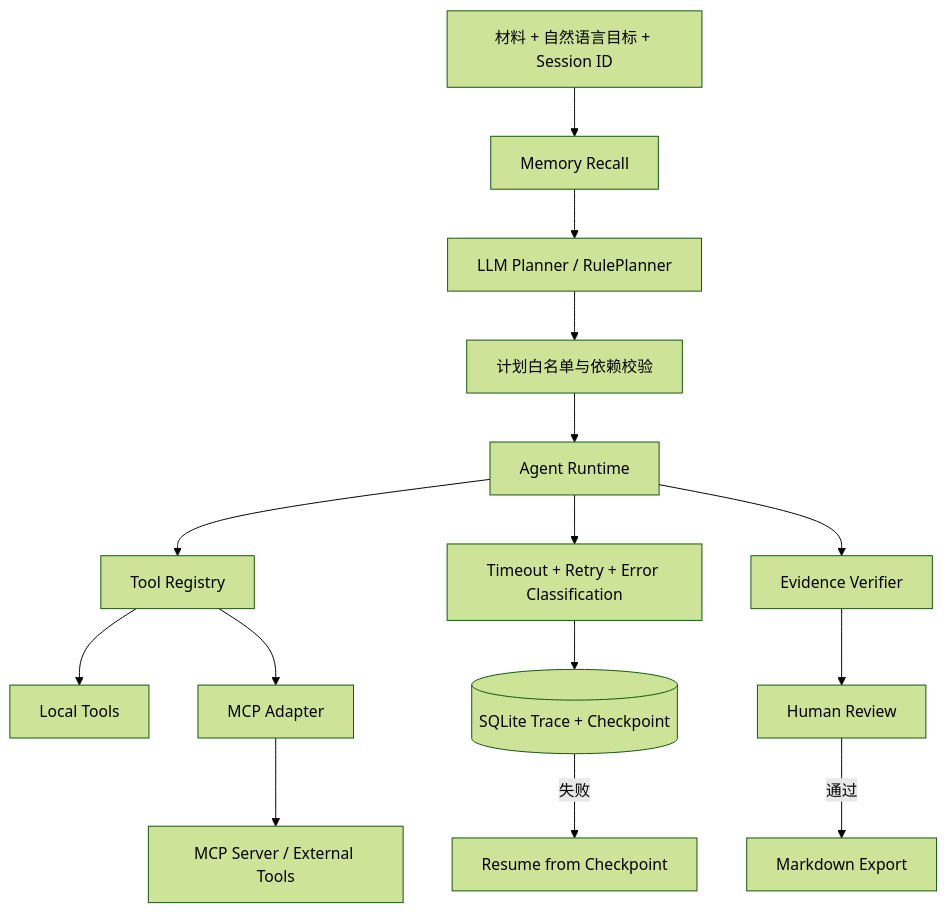
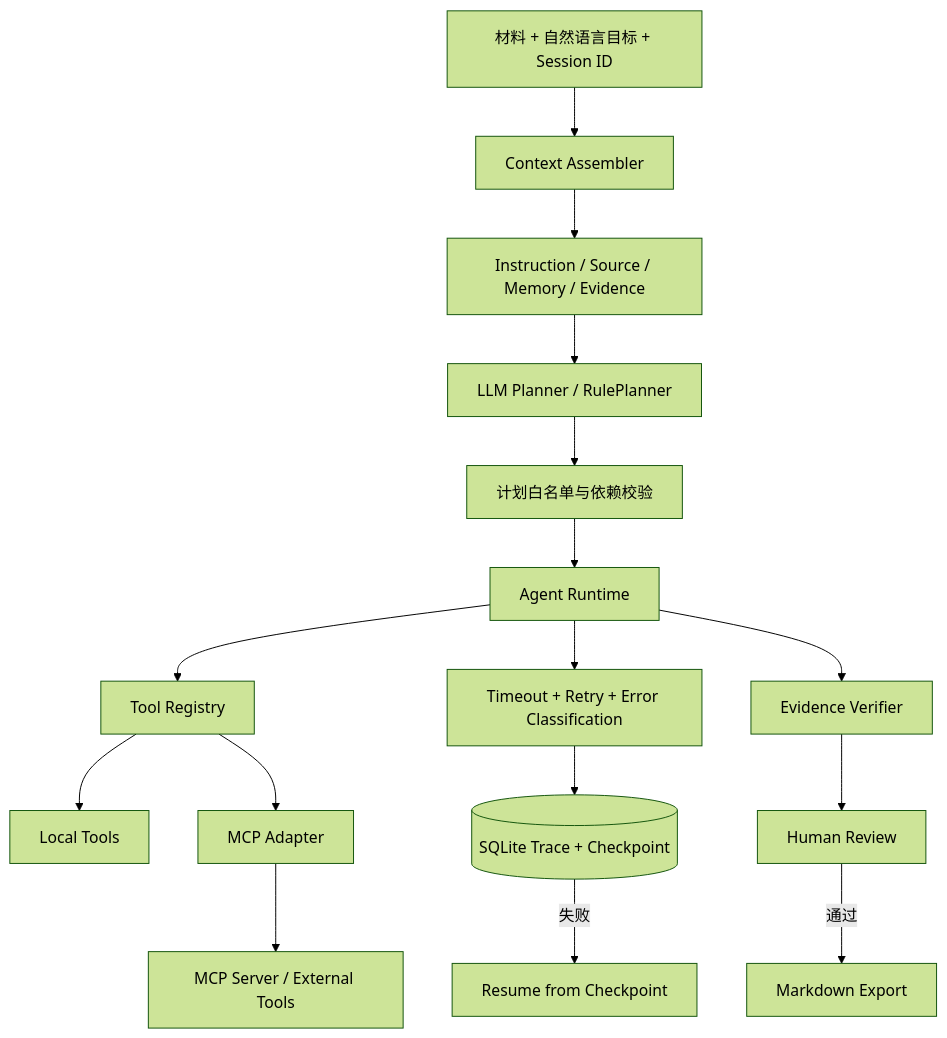
The diagram in README.md (YanCastroJoe/ai-industry-research-assistant), drawn with Mermaid (forest theme) before and after one commit. The commit also changed other lines of this file and 14 other files, not shown here.

````diff
--- a/README.md
+++ b/README.md
@@ -28,17 +32,18 @@
 ```mermaid
 flowchart TD
-    A[材料 + 自然语言目标 + Session ID] --> B[Memory Recall]
-    B --> C[LLM Planner / RulePlanner]
+    A[材料 + 自然语言目标 + Session ID] --> B[Context Assembler]
+    B --> B1[Instruction / Source / Memory / Evidence]
+    B1 --> C[LLM Planner / RulePlanner]
     C --> D[计划白名单与依赖校验]
     D --> E[Agent Runtime]
     E --> F[Tool Registry]
     F --> G[Local Tools]
     F --> H[MCP Adapter]
     H --> I[MCP Server / External Tools]
     E --> J[Timeout + Retry + Error Classification]
     J --> K[(SQLite Trace + Checkpoint)]
     K -->|失败| L[Resume from Checkpoint]
     E --> M[Evidence Verifier]
     M --> N[Human Review]
     N -->|通过| O[Markdown Export]
 ```
````
